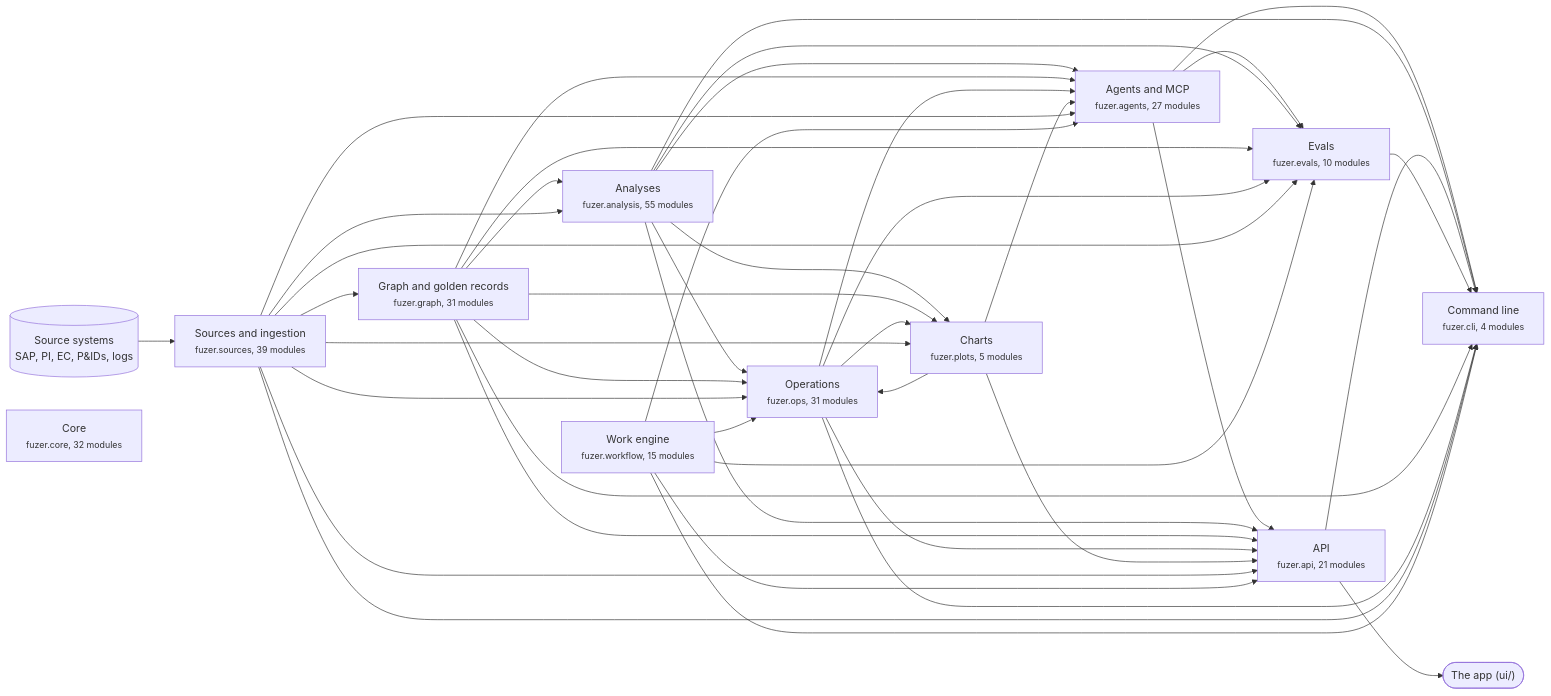
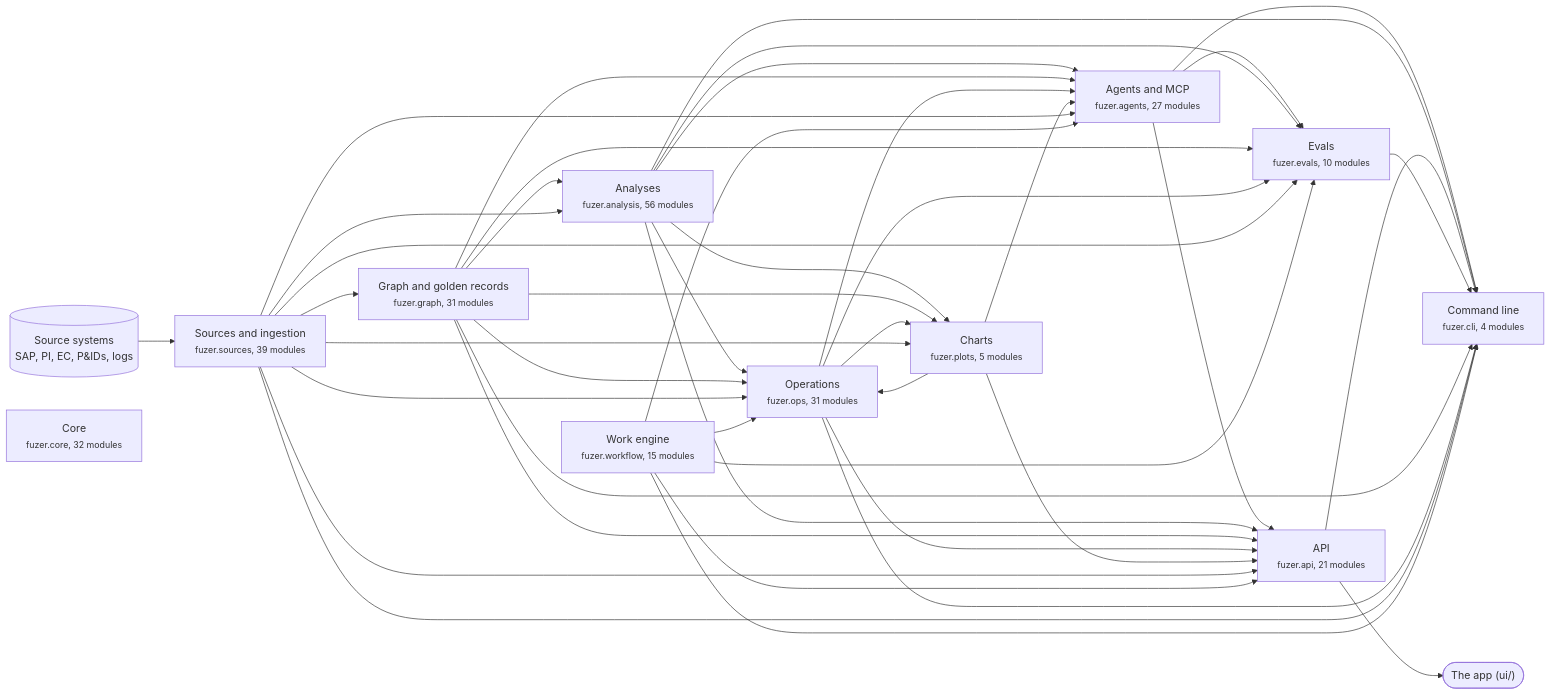
Before and after one commit to areed145/fuzer: the first of 3 diagrams in docs/architecture.md, drawn with Mermaid. The commit also changed other lines of this file and 19 other files, not shown here.

````diff
--- a/docs/architecture.md
+++ b/docs/architecture.md
@@ -8,67 +8,67 @@
 ```mermaid
 flowchart LR
   systems[("Source systems<br>SAP, PI, EC, P&IDs, logs")] --> c_sources
   app(["The app (ui/)"])
   c_api --> app
   c_sources["Sources and ingestion<br><small>fuzer.sources, 39 modules</small>"]
   c_graph["Graph and golden records<br><small>fuzer.graph, 31 modules</small>"]
-  c_analysis["Analyses<br><small>fuzer.analysis, 55 modules</small>"]
+  c_analysis["Analyses<br><small>fuzer.analysis, 56 modules</small>"]
   c_ops["Operations<br><small>fuzer.ops, 31 modules</small>"]
   c_plots["Charts<br><small>fuzer.plots, 5 modules</small>"]
   c_workflow["Work engine<br><small>fuzer.workflow, 15 modules</small>"]
   c_agents["Agents and MCP<br><small>fuzer.agents, 27 modules</small>"]
   c_evals["Evals<br><small>fuzer.evals, 10 modules</small>"]
   c_api["API<br><small>fuzer.api, 21 modules</small>"]
   c_cli["Command line<br><small>fuzer.cli, 4 modules</small>"]
   c_core["Core<br><small>fuzer.core, 32 modules</small>"]
   c_sources --> c_graph
   c_graph --> c_analysis
   c_sources --> c_analysis
   c_analysis --> c_ops
   c_graph --> c_ops
   c_plots --> c_ops
   c_sources --> c_ops
   c_workflow --> c_ops
   c_analysis --> c_plots
   c_graph --> c_plots
   c_ops --> c_plots
   c_sources --> c_plots
   c_analysis --> c_agents
   c_graph --> c_agents
   c_ops --> c_agents
   c_plots --> c_agents
   c_sources --> c_agents
   c_workflow --> c_agents
   c_agents --> c_evals
   c_analysis --> c_evals
   c_graph --> c_evals
   c_ops --> c_evals
   c_sources --> c_evals
   c_workflow --> c_evals
   c_agents --> c_api
   c_analysis --> c_api
   c_graph --> c_api
   c_ops --> c_api
   c_plots --> c_api
   c_sources --> c_api
   c_workflow --> c_api
   c_agents --> c_cli
   c_analysis --> c_cli
   c_api --> c_cli
   c_evals --> c_cli
   c_graph --> c_cli
   c_ops --> c_cli
   c_sources --> c_cli
   c_workflow --> c_cli
   click c_sources "https://github.com/areed145/fuzer/tree/main/src/fuzer/sources"
   click c_graph "https://github.com/areed145/fuzer/tree/main/src/fuzer/graph"
   click c_analysis "https://github.com/areed145/fuzer/tree/main/src/fuzer/analysis"
   click c_ops "https://github.com/areed145/fuzer/tree/main/src/fuzer/ops"
   click c_plots "https://github.com/areed145/fuzer/tree/main/src/fuzer/plots"
   click c_workflow "https://github.com/areed145/fuzer/tree/main/src/fuzer/workflow"
   click c_agents "https://github.com/areed145/fuzer/tree/main/src/fuzer/agents"
   click c_evals "https://github.com/areed145/fuzer/tree/main/src/fuzer/evals"
   click c_api "https://github.com/areed145/fuzer/tree/main/src/fuzer/api"
   click c_cli "https://github.com/areed145/fuzer/tree/main/src/fuzer/cli"
   click c_core "https://github.com/areed145/fuzer/tree/main/src/fuzer/core"
 ```
````
